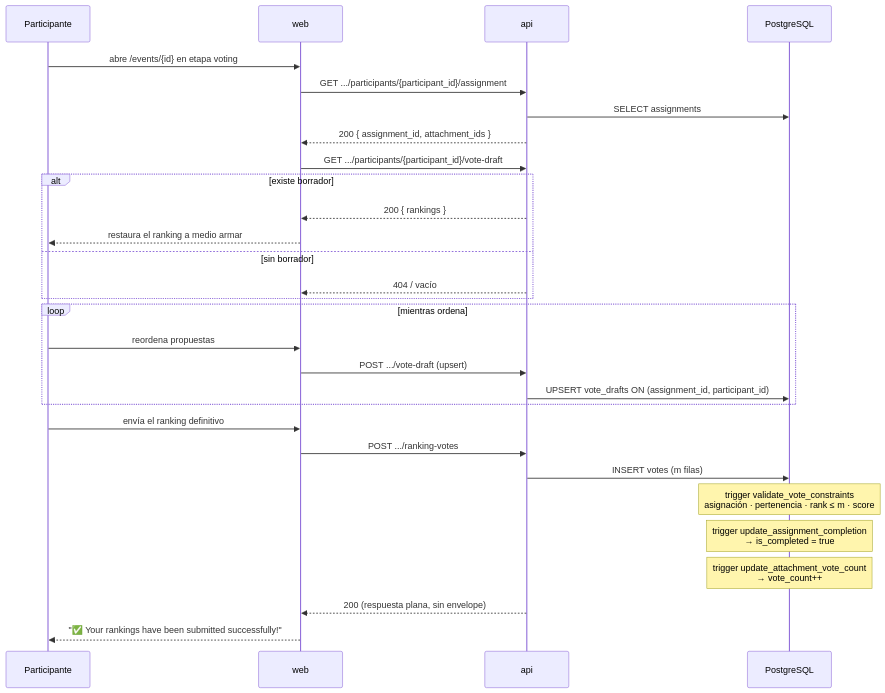
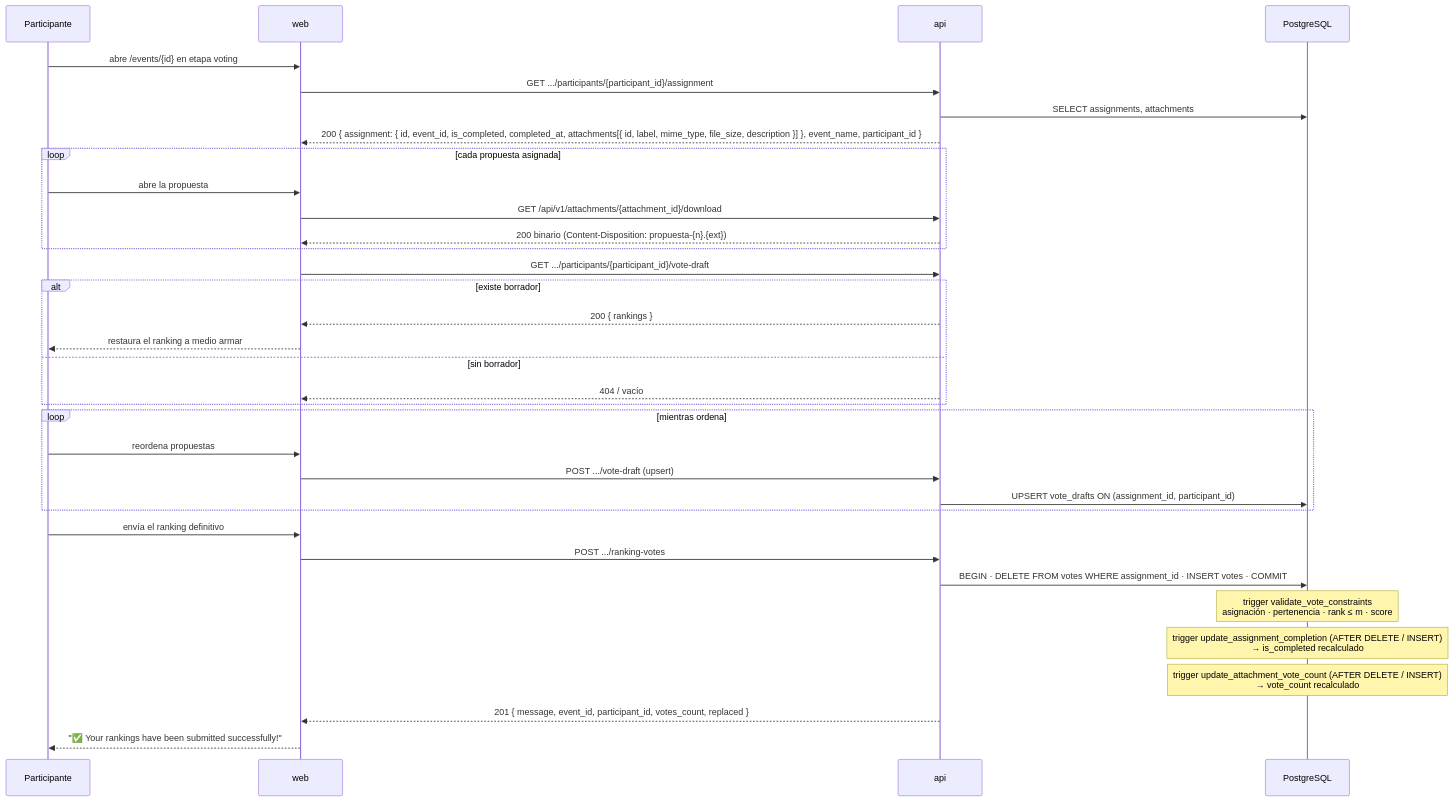
Before and after one commit to gravadigital/telescope: the diagram in docs/flows/evaluacion-y-envio-de-ranking.md, drawn with Mermaid. The commit also changed other lines of this file and 21 other files, not shown here.

````diff
--- a/docs/flows/evaluacion-y-envio-de-ranking.md
+++ b/docs/flows/evaluacion-y-envio-de-ranking.md
@@ -51,35 +50,41 @@
 ```mermaid
 sequenceDiagram
     participant P as Participante
     participant WEB as web
     participant API as api
     participant DB as PostgreSQL
 
     P->>WEB: abre /events/{id} en etapa voting
     WEB->>API: GET .../participants/{participant_id}/assignment
-    API->>DB: SELECT assignments
-    API-->>WEB: 200 { assignment_id, attachment_ids }
+    API->>DB: SELECT assignments, attachments
+    API-->>WEB: 200 { assignment: { id, event_id, is_completed, completed_at, attachments[{ id, label, mime_type, file_size, description }] }, event_name, participant_id }
+
+    loop cada propuesta asignada
+        P->>WEB: abre la propuesta
+        WEB->>API: GET /api/v1/attachments/{attachment_id}/download
+        API-->>WEB: 200 binario (Content-Disposition: propuesta-{n}.{ext})
+    end
 
     WEB->>API: GET .../participants/{participant_id}/vote-draft
     alt existe borrador
         API-->>WEB: 200 { rankings }
         WEB-->>P: restaura el ranking a medio armar
     else sin borrador
         API-->>WEB: 404 / vacío
     end
 
     loop mientras ordena
         P->>WEB: reordena propuestas
         WEB->>API: POST .../vote-draft (upsert)
         API->>DB: UPSERT vote_drafts ON (assignment_id, participant_id)
     end
 
     P->>WEB: envía el ranking definitivo
     WEB->>API: POST .../ranking-votes
-    API->>DB: INSERT votes (m filas)
+    API->>DB: BEGIN · DELETE FROM votes WHERE assignment_id · INSERT votes · COMMIT
     Note over DB: trigger validate_vote_constraints<br/>asignación · pertenencia · rank ≤ m · score
-    Note over DB: trigger update_assignment_completion<br/>→ is_completed = true
-    Note over DB: trigger update_attachment_vote_count<br/>→ vote_count++
-    API-->>WEB: 200 (respuesta plana, sin envelope)
+    Note over DB: trigger update_assignment_completion (AFTER DELETE / INSERT)<br/>→ is_completed recalculado
+    Note over DB: trigger update_attachment_vote_count (AFTER DELETE / INSERT)<br/>→ vote_count recalculado
+    API-->>WEB: 201 { message, event_id, participant_id, votes_count, replaced }
     WEB-->>P: "✅ Your rankings have been submitted successfully!"
 ```
````
